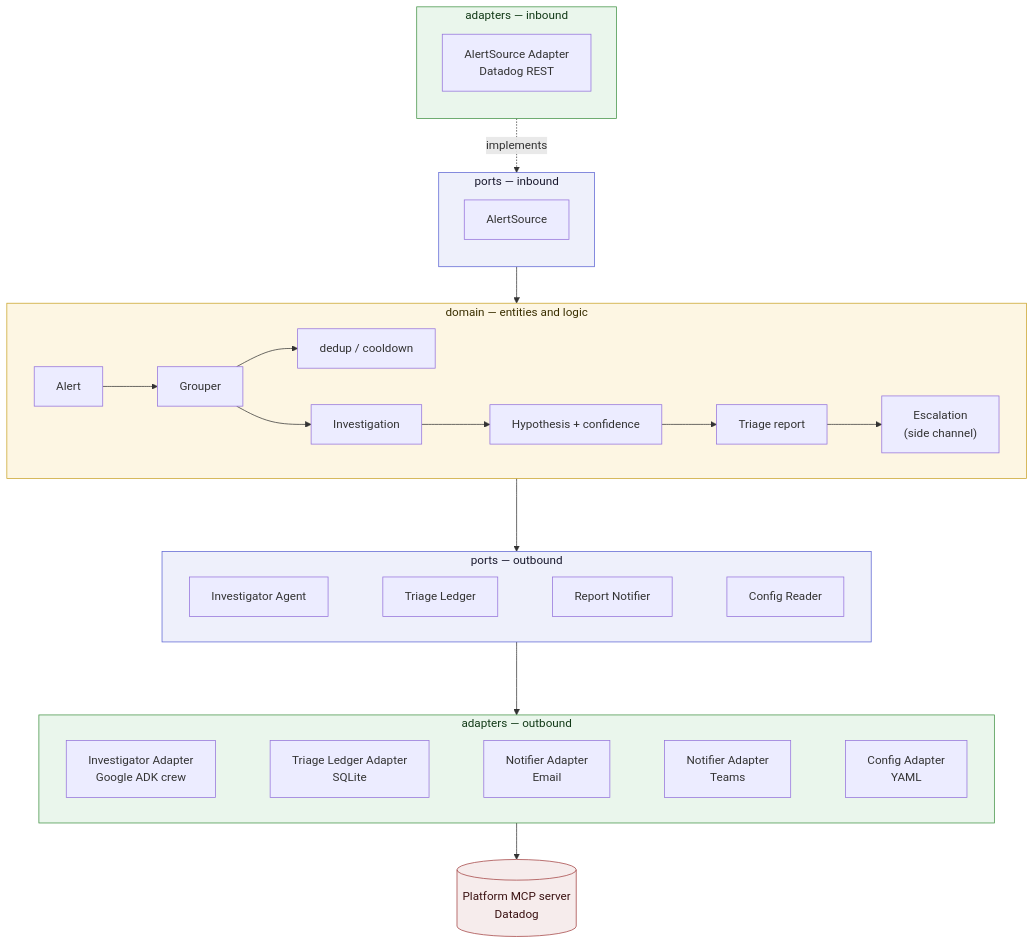
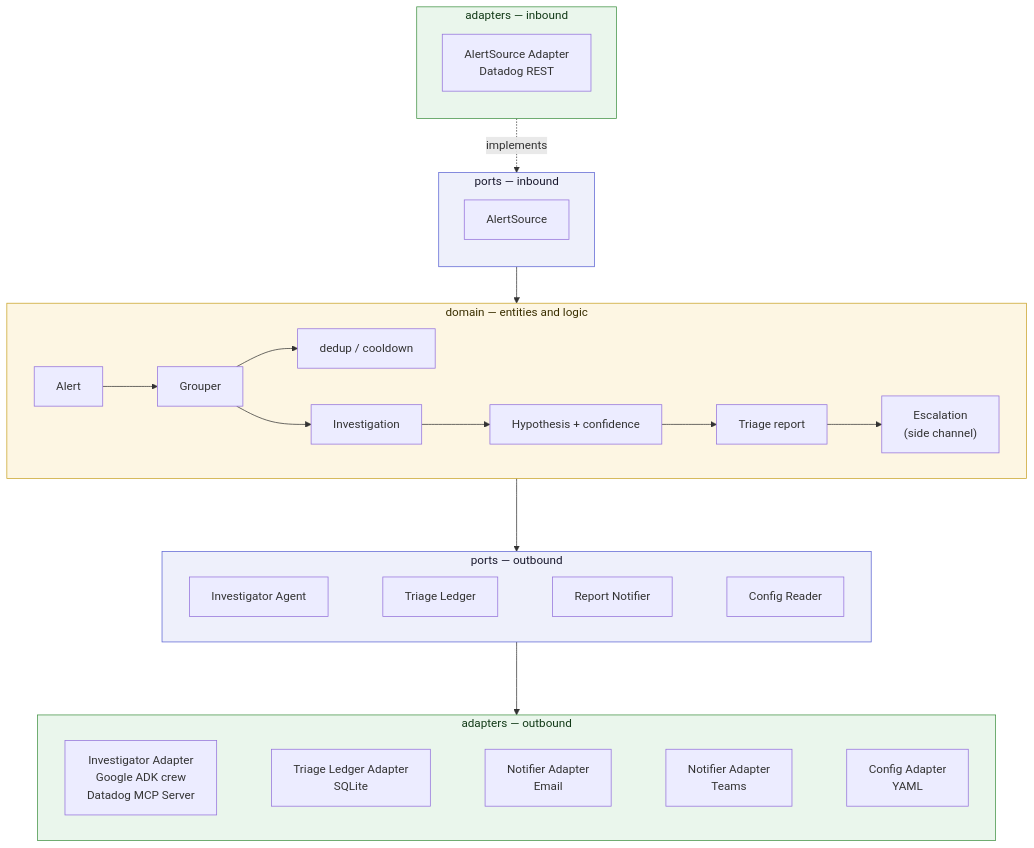
Before and after one commit to EduardoFLima/alert-triage: the diagram in README.md, drawn with Mermaid.

Commit message:
Fold the MCP server into the investigator adapter node
The platform MCP server is not a component of its own in this diagram —
it is what the investigator adapter talks to, so it belongs on that node's
label rather than as a node with an edge. The now-unused platform style
goes with it.

Claude-Session: https://claude.ai/code/session_01Er226xwh4QcLLC9DFWtZKQ

````diff
--- a/README.md
+++ b/README.md
@@ -161,46 +161,43 @@
 ```mermaid
 flowchart TB
     subgraph InboundAdapters["adapters — inbound"]
         direction TB
         DatadogREST["AlertSource Adapter<br/>Datadog REST"]
     end
     subgraph InboundPorts["ports — inbound"]
         direction TB
         AlertSource["AlertSource"]
     end
     subgraph Domain["domain — entities and logic"]
         direction LR
         Alert["Alert"] --> Grouper["Grouper"]
         Grouper --> Ledger["dedup / cooldown"]
         Grouper --> Investigation["Investigation"]
         Investigation --> Diagnosis["Hypothesis + confidence"]
         Diagnosis --> Report["Triage report"]
         Report --> Escalation["Escalation<br/>(side channel)"]
     end
 
     subgraph OutboundPorts["ports — outbound"]
         direction LR
         Investigator["Investigator Agent"] ~~~ TriageLedger["Triage Ledger"] ~~~ Notifier["Report Notifier"] ~~~ Config["Config Reader"]
     end
 
     subgraph OutboundAdapters["adapters — outbound"]
         direction LR
-        ADK["Investigator Adapter<br/>Google ADK crew"] ~~~ TriageLedgerAdapter["Triage Ledger Adapter<br/>SQLite"] ~~~ NotifierEmailAdapter["Notifier Adapter<br/>Email"] ~~~ NotifierTeamsAdapter["Notifier Adapter<br/>Teams"] ~~~ ConfigAdapter["Config Adapter<br/>YAML"]
+        ADK["Investigator Adapter<br/>Google ADK crew<br/>Datadog MCP Server"] ~~~ TriageLedgerAdapter["Triage Ledger Adapter<br/>SQLite"] ~~~ NotifierEmailAdapter["Notifier Adapter<br/>Email"] ~~~ NotifierTeamsAdapter["Notifier Adapter<br/>Teams"] ~~~ ConfigAdapter["Config Adapter<br/>YAML"]
     end
 
     DatadogREST -. implements .-> AlertSource
     AlertSource --> Domain
     Domain ---> OutboundPorts
     OutboundPorts ---> OutboundAdapters
-    ADK --> PlatformMCP[("Platform MCP server<br/>Datadog")]
 
     classDef domainClass fill:#fdf6e3,stroke:#c9a227,color:#3a2f00
     classDef portsClass fill:#eef0fb,stroke:#5b63d3,color:#1a1a2e
     classDef adaptersClass fill:#eaf6ec,stroke:#3f9142,color:#123a17
-    classDef platformClass fill:#f6ecec,stroke:#a23f3f,color:#3a1212
 
     class Domain domainClass
     class InboundPorts,OutboundPorts portsClass
     class InboundAdapters,OutboundAdapters adaptersClass
-    class PlatformMCP platformClass
 ```
````
